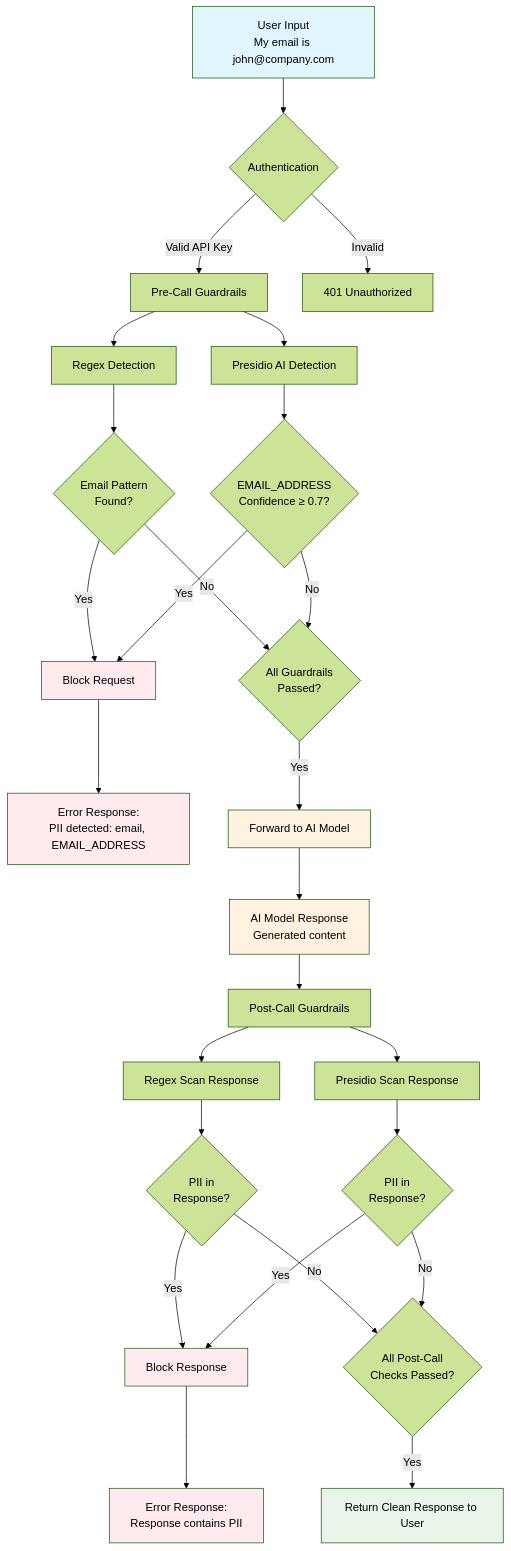
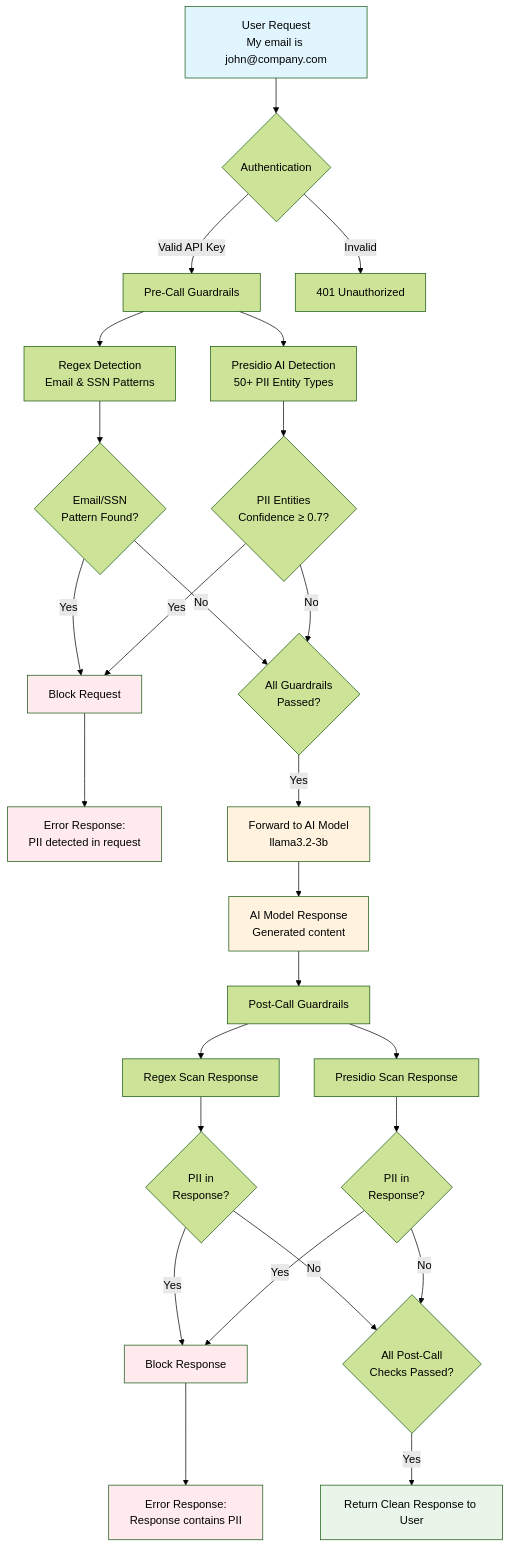
The diagram in IMPLEMENTATION_GUIDE.md (mrcloudchase/litellm-app), drawn with Mermaid (forest theme) before and after one commit. The commit also changed other lines of this file, not shown here.

````diff
--- a/IMPLEMENTATION_GUIDE.md
+++ b/IMPLEMENTATION_GUIDE.md
@@ -11,46 +91,46 @@
 ```mermaid
 flowchart TD
-    A[User Input<br/>My email is john@company.com] --> B{Authentication}
+    A[User Request<br/>My email is john@company.com] --> B{Authentication}
     B -->|Valid API Key| C[Pre-Call Guardrails]
     B -->|Invalid| Z[401 Unauthorized]
     
-    C --> D[Regex Detection]
-    C --> E[Presidio AI Detection]
+    C --> D[Regex Detection<br/>Email & SSN Patterns]
+    C --> E[Presidio AI Detection<br/>50+ PII Entity Types]
     
-    D --> F{Email Pattern<br/>Found?}
-    E --> G{EMAIL_ADDRESS<br/>Confidence ≥ 0.7?}
+    D --> F{Email/SSN<br/>Pattern Found?}
+    E --> G{PII Entities<br/>Confidence ≥ 0.7?}
     
     F -->|Yes| H[Block Request]
     G -->|Yes| H
     F -->|No| I{All Guardrails<br/>Passed?}
     G -->|No| I
     
-    H --> J[Error Response:<br/>PII detected: email, EMAIL_ADDRESS]
+    H --> J[Error Response:<br/>PII detected in request]
     
-    I -->|Yes| K[Forward to AI Model]
+    I -->|Yes| K[Forward to AI Model<br/>llama3.2-3b]
     K --> L[AI Model Response<br/>Generated content]
     
     L --> M[Post-Call Guardrails]
     M --> N[Regex Scan Response]
     M --> O[Presidio Scan Response]
     
     N --> P{PII in<br/>Response?}
     O --> Q{PII in<br/>Response?}
     
     P -->|Yes| R[Block Response]
     Q -->|Yes| R
     P -->|No| S{All Post-Call<br/>Checks Passed?}
     Q -->|No| S
     
     R --> T[Error Response:<br/>Response contains PII]
     S -->|Yes| U[Return Clean Response to User]
     
     style A fill:#e1f5fe
     style H fill:#ffebee
     style J fill:#ffebee
     style R fill:#ffebee
     style T fill:#ffebee
     style U fill:#e8f5e8
     style K fill:#fff3e0
     style L fill:#fff3e0
 ```
````
